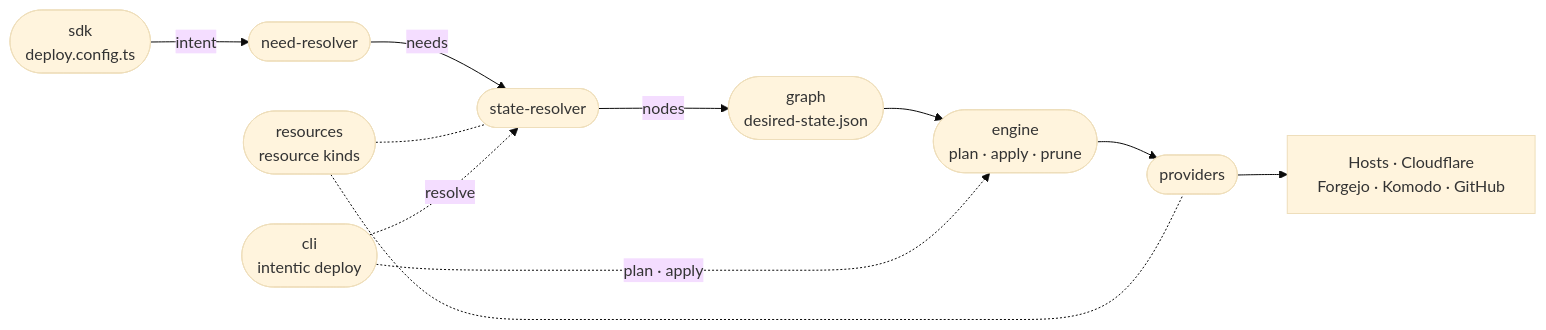
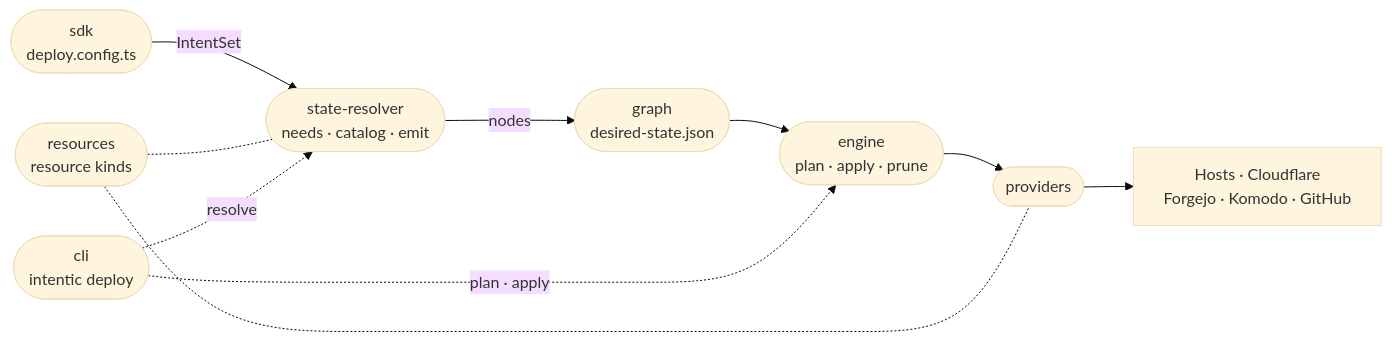
The diagram in _deploy/README.md (intentic/intentic), drawn with Mermaid (base theme) before and after one commit. The commit also changed other lines of this file and 2216 other files, not shown here.

Commit message:
chore(docs): refresh architecture index for extension changes

````diff
--- a/_deploy/README.md
+++ b/_deploy/README.md
@@ -5,13 +5,12 @@
 ```mermaid
 flowchart LR
-    sdk(["sdk<br/>deploy.config.ts"]) -- "intent" --> need(["need-resolver"])
-    need -- "needs" --> state(["state-resolver"])
+    sdk(["sdk<br/>deploy.config.ts"]) -- "IntentSet" --> state(["state-resolver<br/>needs · catalog · emit"])
     state -- "nodes" --> dsg(["graph<br/>desired-state.json"])
     dsg --> engine(["engine<br/>plan · apply · prune"])
     engine --> providers(["providers"])
     providers --> infra["Hosts · Cloudflare<br/>Forgejo · Komodo · GitHub"]
     resources(["resources<br/>resource kinds"]) -.- state
     resources -.- providers
     cli(["cli<br/>intentic deploy"]) -. "resolve" .-> state
     cli -. "plan · apply" .-> engine
 ```
````
